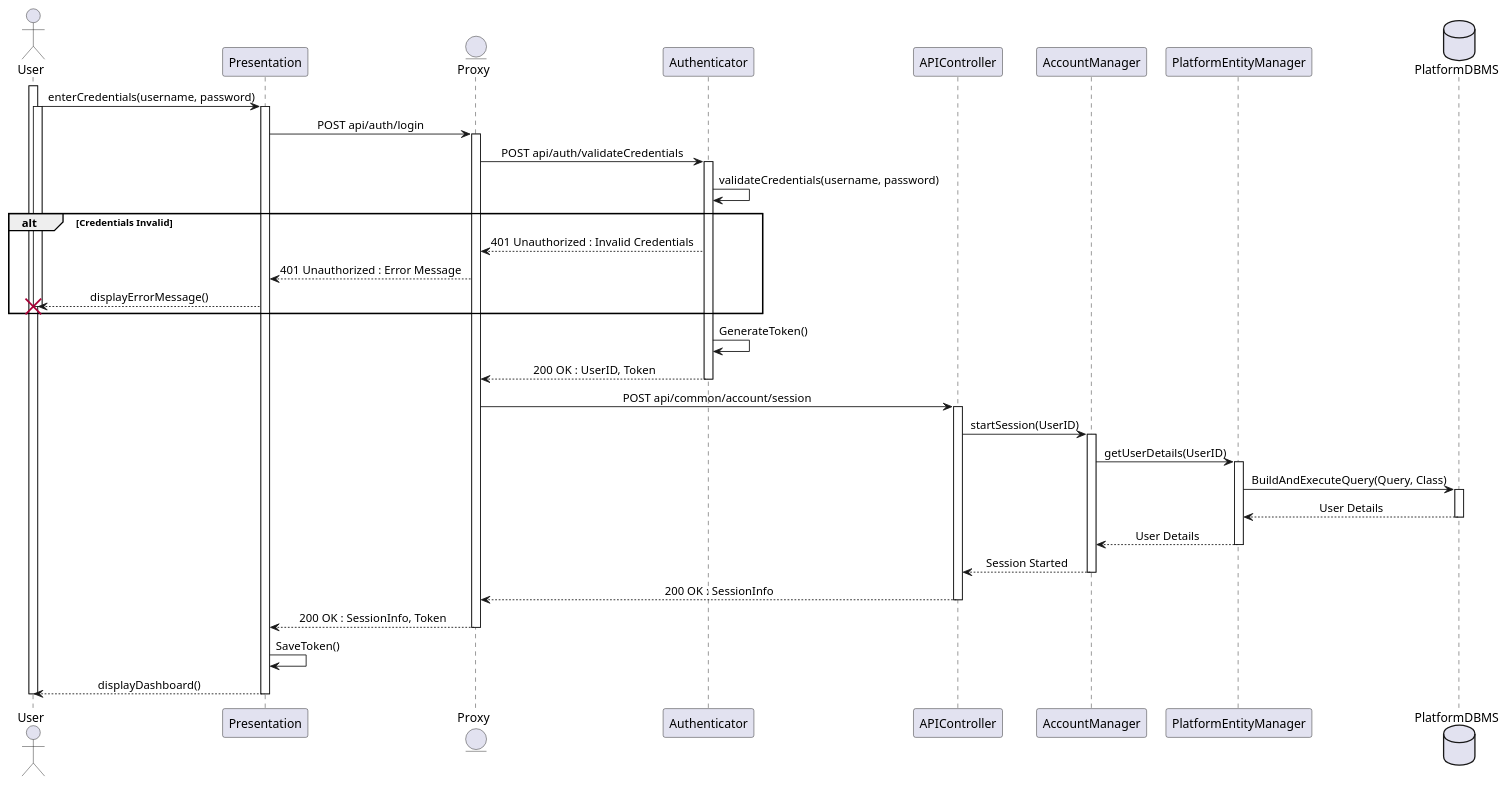
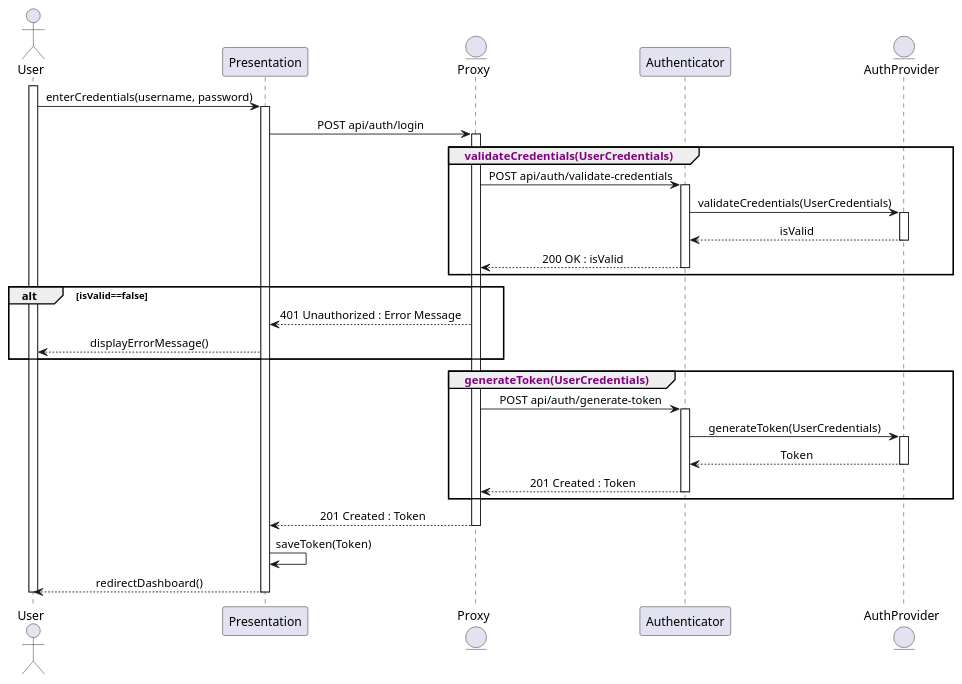
Before and after one commit to Slaitroc/RicciPaoliGrisoni: the diagram in Diagrams/SequenceDiagrams/DD/2UserLogIn.wsd, drawn with PlantUML.

Commit message:
Refactor 2UserLogIn.wsd SequenceDiagram

```diff
--- a/Diagrams/SequenceDiagrams/DD/2UserLogIn.wsd
+++ b/Diagrams/SequenceDiagrams/DD/2UserLogIn.wsd
@@ -1,51 +1,44 @@
 @startuml UserLogIn
 skinparam sequenceMessageAlign center
 actor       User
 participant  Presentation
 entity      Proxy
 participant Authenticator
-participant APIController
-participant AccountManager
-participant PlatformEntityManager
-database    PlatformDBMS
+entity AuthProvider
 
 activate User
 User -> Presentation : enterCredentials(username, password)
-activate User
 activate Presentation
 Presentation -> Proxy : POST api/auth/login
 activate Proxy
-Proxy -> Authenticator : POST api/auth/validateCredentials
+group <color:purple> validateCredentials(UserCredentials)
+Proxy -> Authenticator : POST api/auth/validate-credentials
 activate Authenticator
-Authenticator -> Authenticator : validateCredentials(username, password)
-alt Credentials Invalid
-    Authenticator --> Proxy : 401 Unauthorized : Invalid Credentials
-    Proxy --> Presentation : 401 Unauthorized : Error Message
-    Presentation --> User !! : displayErrorMessage()
+Authenticator -> AuthProvider : validateCredentials(UserCredentials)
+activate AuthProvider
+AuthProvider --> Authenticator : isValid
+deactivate AuthProvider
+Authenticator --> Proxy : 200 OK : isValid
+deactivate Authenticator
 end
-Authenticator -> Authenticator : GenerateToken()
-Authenticator --> Proxy : 200 OK : UserID, Token
+alt isValid==false
+Proxy --> Presentation : 401 Unauthorized : Error Message
+Presentation --> User : displayErrorMessage()
+end
+group <color:purple> generateToken(UserCredentials)
+Proxy -> Authenticator : POST api/auth/generate-token
+activate Authenticator
+Authenticator -> AuthProvider : generateToken(UserCredentials)
+activate AuthProvider
+AuthProvider --> Authenticator : Token
+deactivate AuthProvider
+Authenticator --> Proxy : 201 Created : Token
 deactivate Authenticator
-Proxy -> APIController : POST api/common/account/session
-activate APIController
-APIController -> AccountManager : startSession(UserID)
-activate AccountManager
-AccountManager -> PlatformEntityManager : getUserDetails(UserID)
-activate PlatformEntityManager
-PlatformEntityManager -> PlatformDBMS : BuildAndExecuteQuery(Query, Class)
-activate PlatformDBMS
-PlatformDBMS --> PlatformEntityManager : User Details
-deactivate PlatformDBMS
-PlatformEntityManager -->  AccountManager : User Details
-deactivate PlatformEntityManager
-AccountManager --> APIController : Session Started
-deactivate AccountManager
-APIController --> Proxy : 200 OK : SessionInfo
-deactivate APIController
-Proxy --> Presentation : 200 OK : SessionInfo, Token
+end
+Proxy --> Presentation : 201 Created : Token
 deactivate Proxy
-Presentation -> Presentation : SaveToken()
-Presentation --> User : displayDashboard()
+Presentation -> Presentation : saveToken(Token)
+Presentation --> User : redirectDashboard()
 deactivate Presentation
 deactivate User
 @enduml
```
